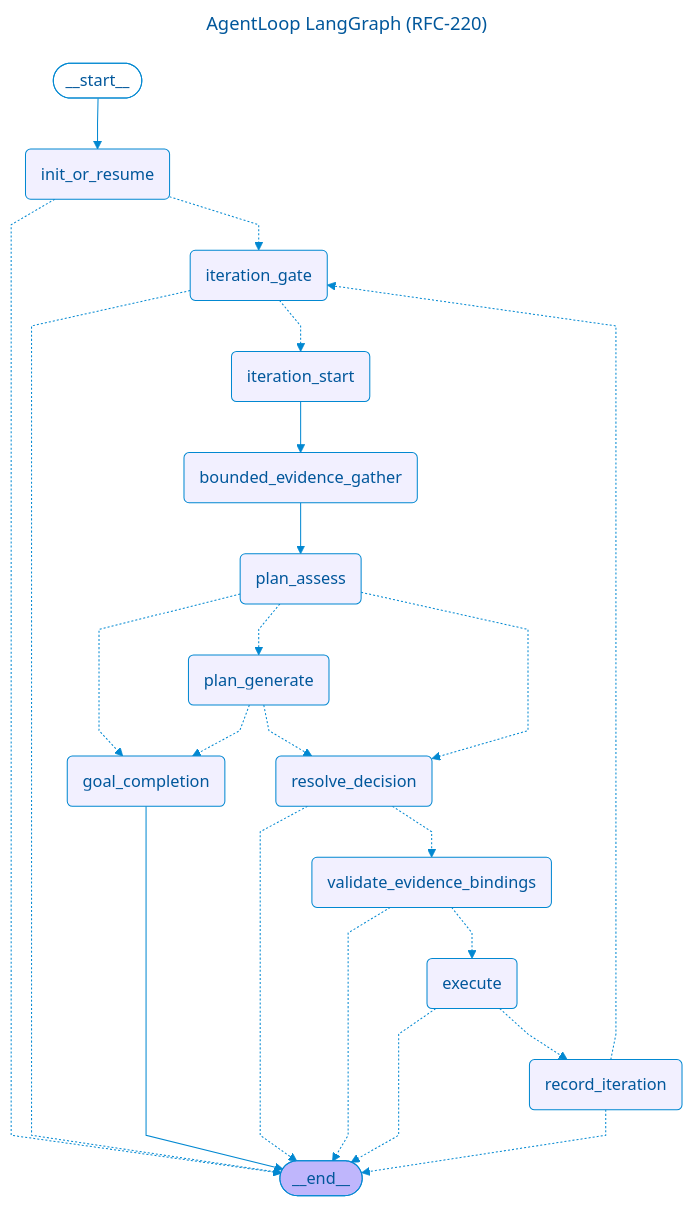
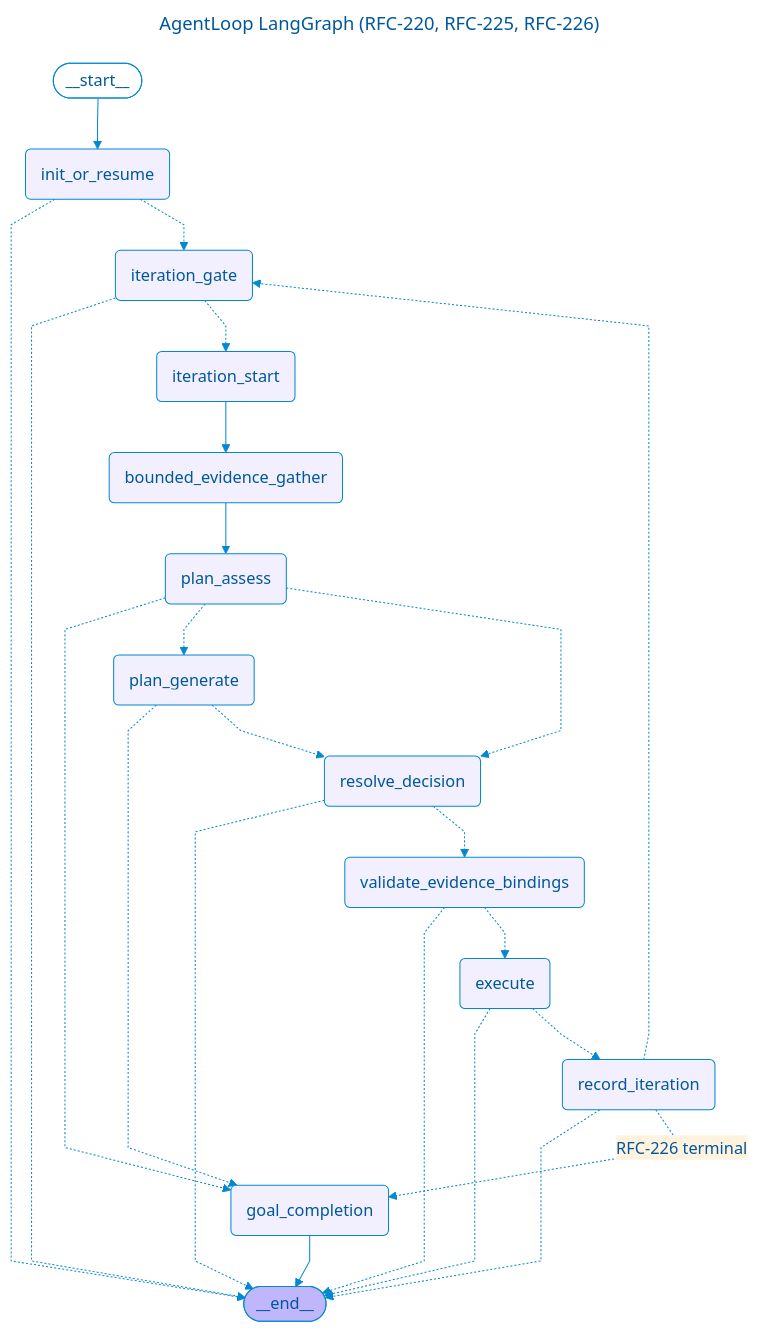
The diagram in docs/diagrams/agent_loop_graph.mmd (OpenSoothe/soothe), drawn with Mermaid before and after one commit. The commit also changed 27 other files, not shown here.

```diff
--- a/docs/diagrams/agent_loop_graph.mmd
+++ b/docs/diagrams/agent_loop_graph.mmd
@@ -1,52 +1,53 @@
 ---
-title: AgentLoop LangGraph (RFC-220)
+title: AgentLoop LangGraph (RFC-220, RFC-225, RFC-226)
 config:
   flowchart:
     curve: linear
   theme: base
   themeVariables:
     primaryColor: "#e1f5fe"
     primaryTextColor: "#01579b"
     primaryBorderColor: "#0288d1"
     lineColor: "#0288d1"
     secondaryColor: "#fff3e0"
     tertiaryColor: "#f3e5f5"
 ---
 graph TD;
 	__start__([<p>__start__</p>]):::first
 	init_or_resume(init_or_resume)
 	iteration_gate(iteration_gate)
 	iteration_start(iteration_start)
 	bounded_evidence_gather(bounded_evidence_gather)
 	plan_assess(plan_assess)
 	plan_generate(plan_generate)
 	goal_completion(goal_completion)
 	resolve_decision(resolve_decision)
 	validate_evidence_bindings(validate_evidence_bindings)
 	execute(execute)
 	record_iteration(record_iteration)
 	__end__([<p>__end__</p>]):::last
 	__start__ --> init_or_resume;
 	bounded_evidence_gather --> plan_assess;
 	execute -.-> __end__;
 	execute -.-> record_iteration;
 	init_or_resume -.-> __end__;
 	init_or_resume -.-> iteration_gate;
 	iteration_gate -.-> __end__;
 	iteration_gate -.-> iteration_start;
 	iteration_start --> bounded_evidence_gather;
 	plan_assess -.-> goal_completion;
 	plan_assess -.-> plan_generate;
 	plan_assess -.-> resolve_decision;
 	plan_generate -.-> goal_completion;
 	plan_generate -.-> resolve_decision;
 	record_iteration -.-> __end__;
 	record_iteration -.-> iteration_gate;
+	record_iteration -. "RFC-226 terminal" .-> goal_completion;
 	resolve_decision -.-> __end__;
 	resolve_decision -.-> validate_evidence_bindings;
 	validate_evidence_bindings -.-> __end__;
 	validate_evidence_bindings -.-> execute;
 	goal_completion --> __end__;
 	classDef default fill:#f2f0ff,line-height:1.2
 	classDef first fill-opacity:0
 	classDef last fill:#bfb6fc
```
